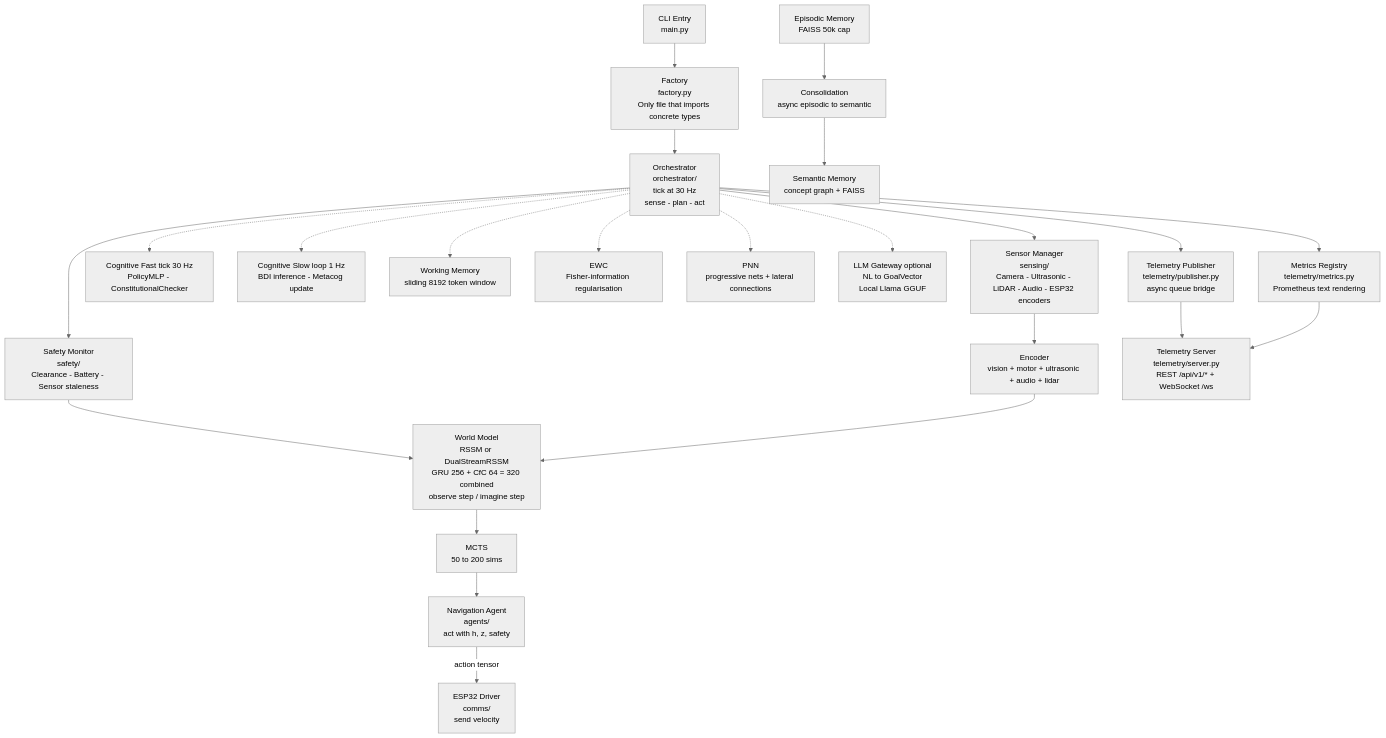
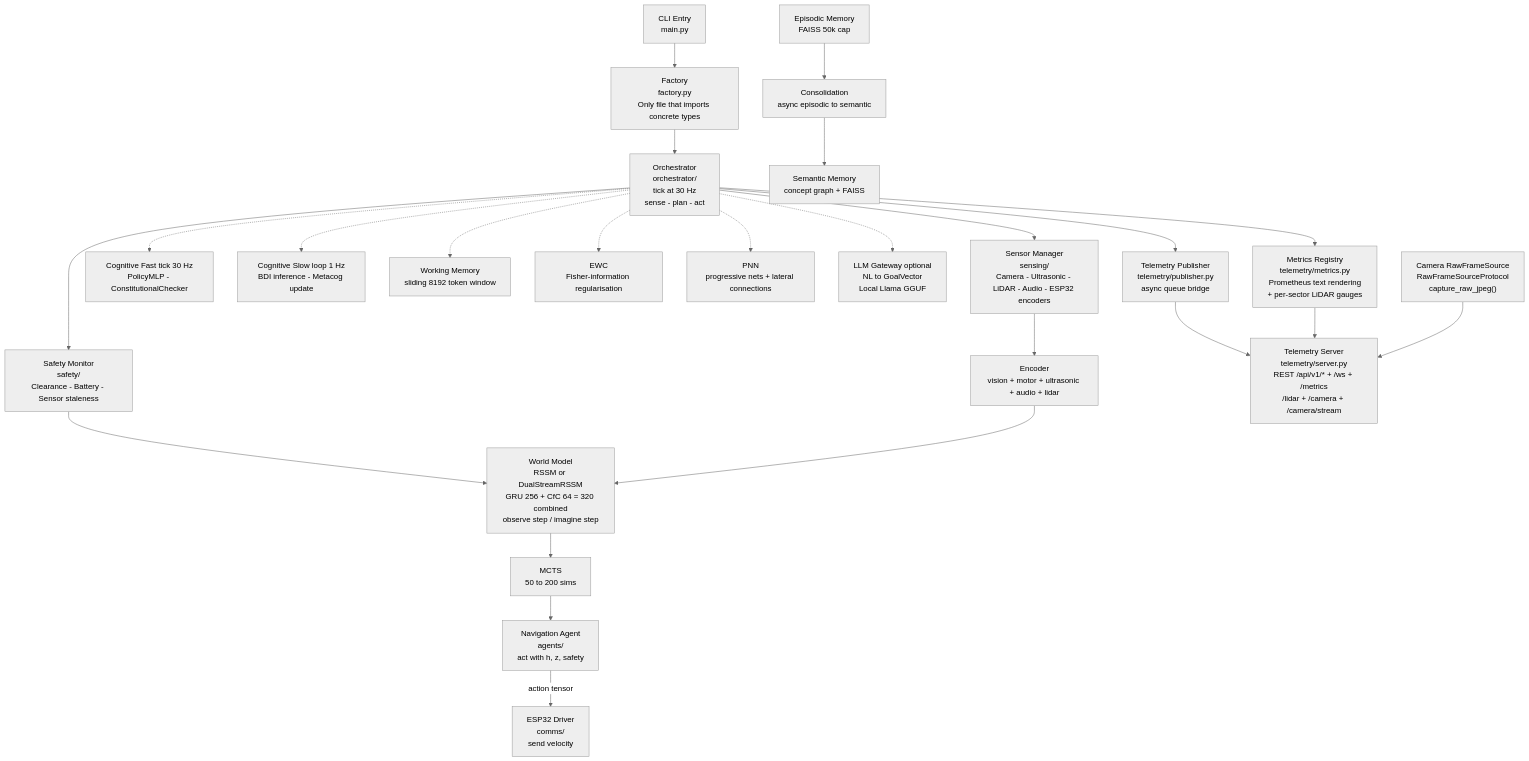
One commit to ianshank/Mouse-Droid-AGI changed the third of 11 diagrams in docs/architecture.md. Above: the diagram before and after it, drawn with Mermaid (neutral theme). The commit also changed 42 other files, not shown here.

````diff
--- a/docs/architecture.md
+++ b/docs/architecture.md
@@ -105,49 +105,51 @@
 ```mermaid
 graph TD
     CLI["CLI Entry\nmain.py"]
     Factory["Factory\nfactory.py\nOnly file that imports concrete types"]
     Orchestrator["Orchestrator\norchestrator/\ntick at 30 Hz\nsense - plan - act"]
     SensorMgr["Sensor Manager\nsensing/\nCamera - Ultrasonic - LiDAR - Audio - ESP32 encoders"]
     SafetyMon["Safety Monitor\nsafety/\nClearance - Battery - Sensor staleness"]
     Encoder["Encoder\nvision + motor + ultrasonic + audio + lidar"]
     RSSM["World Model\nRSSM or DualStreamRSSM\nGRU 256 + CfC 64 = 320 combined\nobserve step / imagine step"]
     MCTS["MCTS\n50 to 200 sims"]
     NavAgent["Navigation Agent\nagents/\nact with h, z, safety"]
     ESP32Driver["ESP32 Driver\ncomms/\nsend velocity"]
     FastTick["Cognitive Fast tick 30 Hz\nPolicyMLP - ConstitutionalChecker"]
     SlowLoop["Cognitive Slow loop 1 Hz\nBDI inference - Metacog update"]
     WorkingMem["Working Memory\nsliding 8192 token window"]
     EpisodicMem["Episodic Memory\nFAISS 50k cap"]
     SemanticMem["Semantic Memory\nconcept graph + FAISS"]
     Consolidation["Consolidation\nasync episodic to semantic"]
     EWC["EWC\nFisher-information regularisation"]
     PNN["PNN\nprogressive nets + lateral connections"]
     LLM["LLM Gateway optional\nNL to GoalVector\nLocal Llama GGUF"]
 
     TelemetryPub2["Telemetry Publisher\ntelemetry/publisher.py\nasync queue bridge"]
-    MetricsReg2["Metrics Registry\ntelemetry/metrics.py\nPrometheus text rendering"]
-    TelemetryServer2["Telemetry Server\ntelemetry/server.py\nREST /api/v1/* + WebSocket /ws"]
+    MetricsReg2["Metrics Registry\ntelemetry/metrics.py\nPrometheus text rendering\n+ per-sector LiDAR gauges"]
+    TelemetryServer2["Telemetry Server\ntelemetry/server.py\nREST /api/v1/* + /ws + /metrics\n/lidar + /camera + /camera/stream"]
+    RawFrameSrc["Camera RawFrameSource\nRawFrameSourceProtocol\ncapture_raw_jpeg()"]
 
     CLI --> Factory
     Factory --> Orchestrator
     Orchestrator --> SensorMgr
     Orchestrator --> SafetyMon
     SensorMgr --> Encoder
     SafetyMon --> RSSM
     Encoder --> RSSM
     RSSM --> MCTS
     MCTS --> NavAgent
     NavAgent -- "action tensor" --> ESP32Driver
     Orchestrator -.-> FastTick
     Orchestrator -.-> SlowLoop
     Orchestrator -.-> WorkingMem
     Orchestrator -.-> LLM
     EpisodicMem --> Consolidation
     Consolidation --> SemanticMem
     Orchestrator -.-> EWC
     Orchestrator -.-> PNN
     Orchestrator --> TelemetryPub2
     Orchestrator --> MetricsReg2
     TelemetryPub2 --> TelemetryServer2
     MetricsReg2 --> TelemetryServer2
+    RawFrameSrc --> TelemetryServer2
 ```
````
